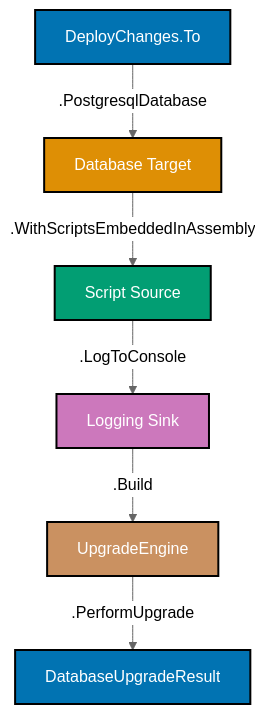
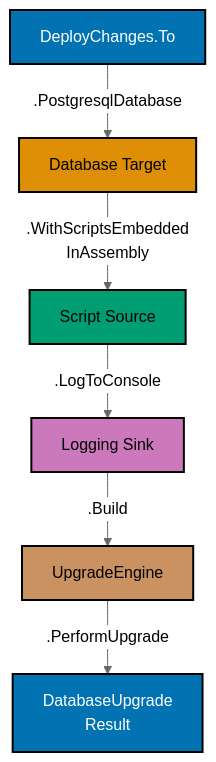
Before and after one commit to wahidyankf/ose-public: the first of 2 diagrams in apps/ayokoding-www/content/en/learn/legacy/software-engineering/data/tools/fsharp-dbup/by-example/beginner.md, drawn with Mermaid (neutral theme). The commit also changed other lines of this file and 131 other files, not shown here.

First line of the commit message:
fix(mermaid): bring the legacy data, infrastructure, and testing diagrams onto the accessible palette

````diff
--- a/apps/ayokoding-www/content/en/learn/legacy/software-engineering/data/tools/fsharp-dbup/by-example/beginner.md
+++ b/apps/ayokoding-www/content/en/learn/legacy/software-engineering/data/tools/fsharp-dbup/by-example/beginner.md
@@ -54,17 +54,25 @@
 ```mermaid
 %% Color Palette: Blue #0173B2, Orange #DE8F05, Teal #029E73, Purple #CC78BC, Brown #CA9161
 %% DeployChanges builder pipeline
 graph TD
+    accTitle: Example 2: DeployChanges Builder Setup
+    accDescr: Graph with 6 nodes and 5 connections. Nodes: DeployChanges.To, Database Target, Script Source, Logging Sink, UpgradeEngine, DatabaseUpgrade Result. Connections: DeployChanges.To to Database Target (.PostgresqlDatabase), Database Target to Script Source (.WithScriptsEmbedded InAssembly), Script Source to Logging Sink (.LogToConsole), Logging Sink to UpgradeEngine (.Build), UpgradeEngine to DatabaseUpgrade Result (.PerformUpgrade).
     A[DeployChanges.To] -->|.PostgresqlDatabase| B[Database Target]
-    B -->|.WithScriptsEmbeddedInAssembly| C[Script Source]
+    B -->|.WithScriptsEmbedded<br/>InAssembly| C[Script Source]
     C -->|.LogToConsole| D[Logging Sink]
     D -->|.Build| E[UpgradeEngine]
-    E -->|.PerformUpgrade| F[DatabaseUpgradeResult]
+    E -->|.PerformUpgrade| F[DatabaseUpgrade<br/>Result]
 
-    style A fill:#0173B2,stroke:#000000,color:#FFFFFF,stroke-width:2px
-    style B fill:#DE8F05,stroke:#000000,color:#FFFFFF,stroke-width:2px
-    style C fill:#029E73,stroke:#000000,color:#FFFFFF,stroke-width:2px
-    style D fill:#CC78BC,stroke:#000000,color:#FFFFFF,stroke-width:2px
-    style E fill:#CA9161,stroke:#000000,color:#FFFFFF,stroke-width:2px
-    style F fill:#0173B2,stroke:#000000,color:#FFFFFF,stroke-width:2px
+    classDef pal-0173B2 fill:#0173B2,stroke:#000000,color:#FFFFFF,stroke-width:2px
+    class A pal-0173B2
+    classDef pal-DE8F05 fill:#DE8F05,stroke:#000000,color:#000000,stroke-width:2px
+    class B pal-DE8F05
+    classDef pal-029E73 fill:#029E73,stroke:#000000,color:#000000,stroke-width:2px
+    class C pal-029E73
+    classDef pal-CC78BC fill:#CC78BC,stroke:#000000,color:#000000,stroke-width:2px
+    class D pal-CC78BC
+    classDef pal-CA9161 fill:#CA9161,stroke:#000000,color:#000000,stroke-width:2px
+    class E pal-CA9161
+    class F pal-0173B2
+    classDef default fill:#FFFFFF,stroke:#000000,color:#000000
 ```
````
